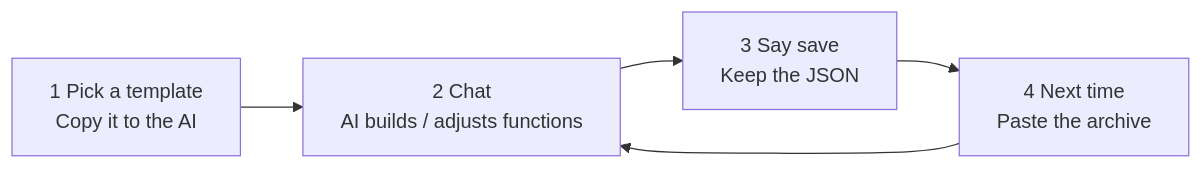
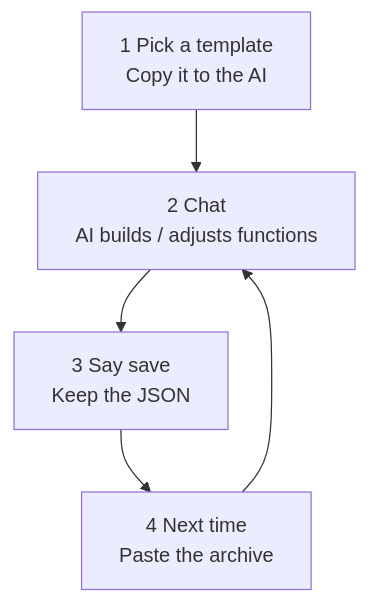
One commit to TuxLin123233/json-prompt-form changed the diagram in README.en.md. Above: the diagram before and after it, drawn with Mermaid. The commit also changed 1 other file, not shown here.

Commit message:
Make how-it-works flowchart vertical

````diff
--- a/README.en.md
+++ b/README.en.md
@@ -58,7 +58,7 @@
 ```mermaid
-flowchart LR
+flowchart TD
     A["1 Pick a template<br/>Copy it to the AI"] --> B["2 Chat<br/>AI builds / adjusts functions"]
     B --> C["3 Say save<br/>Keep the JSON"]
     C --> D["4 Next time<br/>Paste the archive"]
     D --> B
 ```
````
